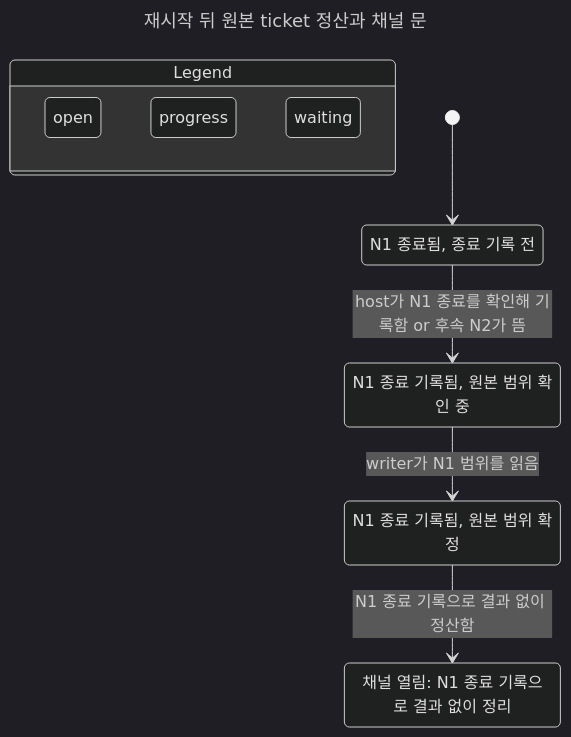
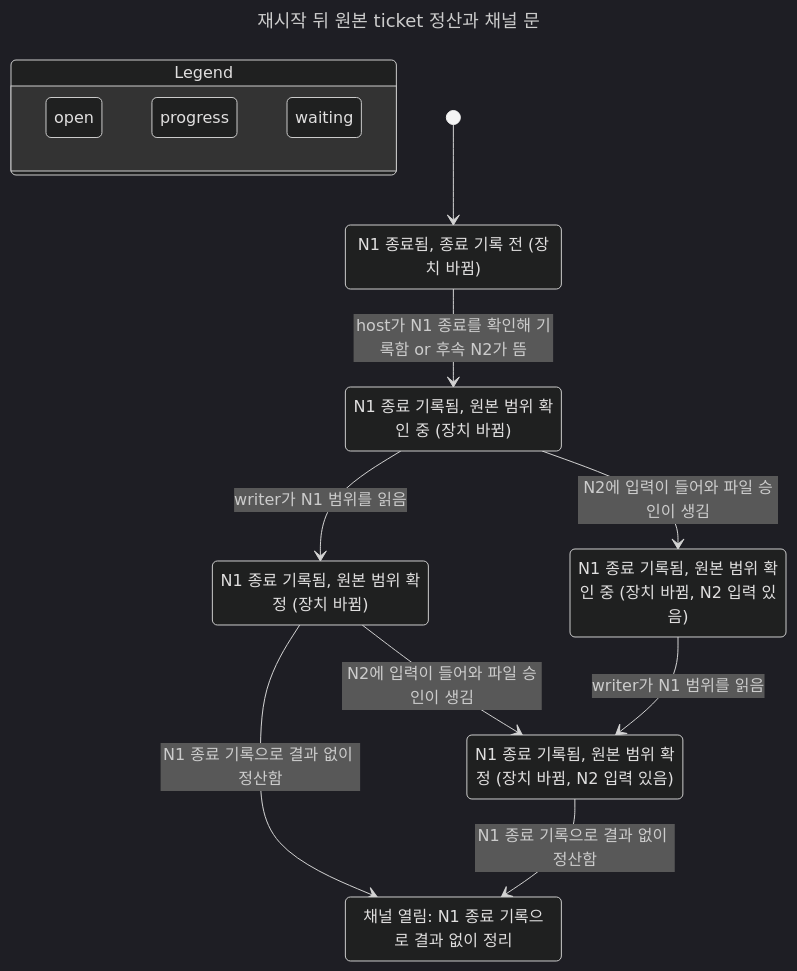
Before and after one commit to itismyfield/AgentDesk: the diagram in docs/statecharts/tui-o-writer/hook-transcript-custody-killed-after.chart.mmd, drawn with Mermaid (dark theme). The commit also changed 72 other files, not shown here.

```diff
--- a/docs/statecharts/tui-o-writer/hook-transcript-custody-killed-after.chart.mmd
+++ b/docs/statecharts/tui-o-writer/hook-transcript-custody-killed-after.chart.mmd
@@ -1,24 +1,32 @@
 ---
 title: "재시작 뒤 원본 ticket 정산과 채널 문"
 ---
 stateDiagram-v2
   state "Legend" as legend {
     lg0: open
     lg1: progress
     lg2: waiting
   }
   class lg0 teal
   class lg1 blue
   class lg2 yellow
-  s0: N1 종료됨, 종료 기록 전
-  s1: N1 종료 기록됨, 원본 범위 확인 중
-  s2: N1 종료 기록됨, 원본 범위 확정
-  s3: 채널 열림: N1 종료 기록으로 결과 없이 정리
+  s0: N1 종료됨, 종료 기록 전 (장치 바뀜)
+  s1: N1 종료 기록됨, 원본 범위 확인 중 (장치 바뀜)
+  s2: N1 종료 기록됨, 원본 범위 확정 (장치 바뀜)
+  s3: N1 종료 기록됨, 원본 범위 확인 중 (장치 바뀜, N2 입력 있음)
+  s4: 채널 열림: N1 종료 기록으로 결과 없이 정리
+  s5: N1 종료 기록됨, 원본 범위 확정 (장치 바뀜, N2 입력 있음)
   [*] --> s0
   s0 --> s1: host가 N1 종료를 확인해 기록함 or 후속 N2가 뜸
   s1 --> s2: writer가 N1 범위를 읽음
-  s2 --> s3: N1 종료 기록으로 결과 없이 정산함
+  s1 --> s3: N2에 입력이 들어와 파일 승인이 생김
+  s2 --> s4: N1 종료 기록으로 결과 없이 정산함
+  s2 --> s5: N2에 입력이 들어와 파일 승인이 생김
+  s3 --> s5: writer가 N1 범위를 읽음
+  s5 --> s4: N1 종료 기록으로 결과 없이 정산함
   class s0 yellow
   class s1 blue
   class s2 blue
-  class s3 teal
+  class s3 blue
+  class s4 teal
+  class s5 blue
```
